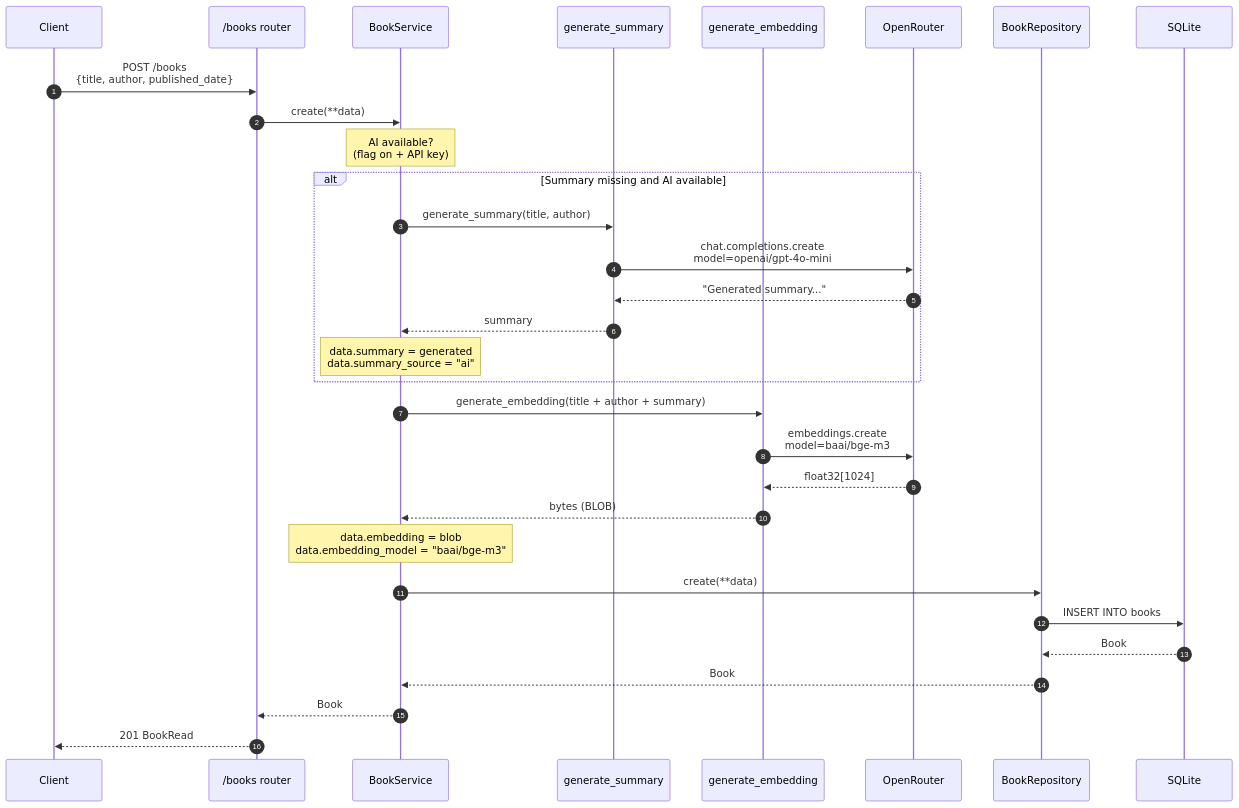
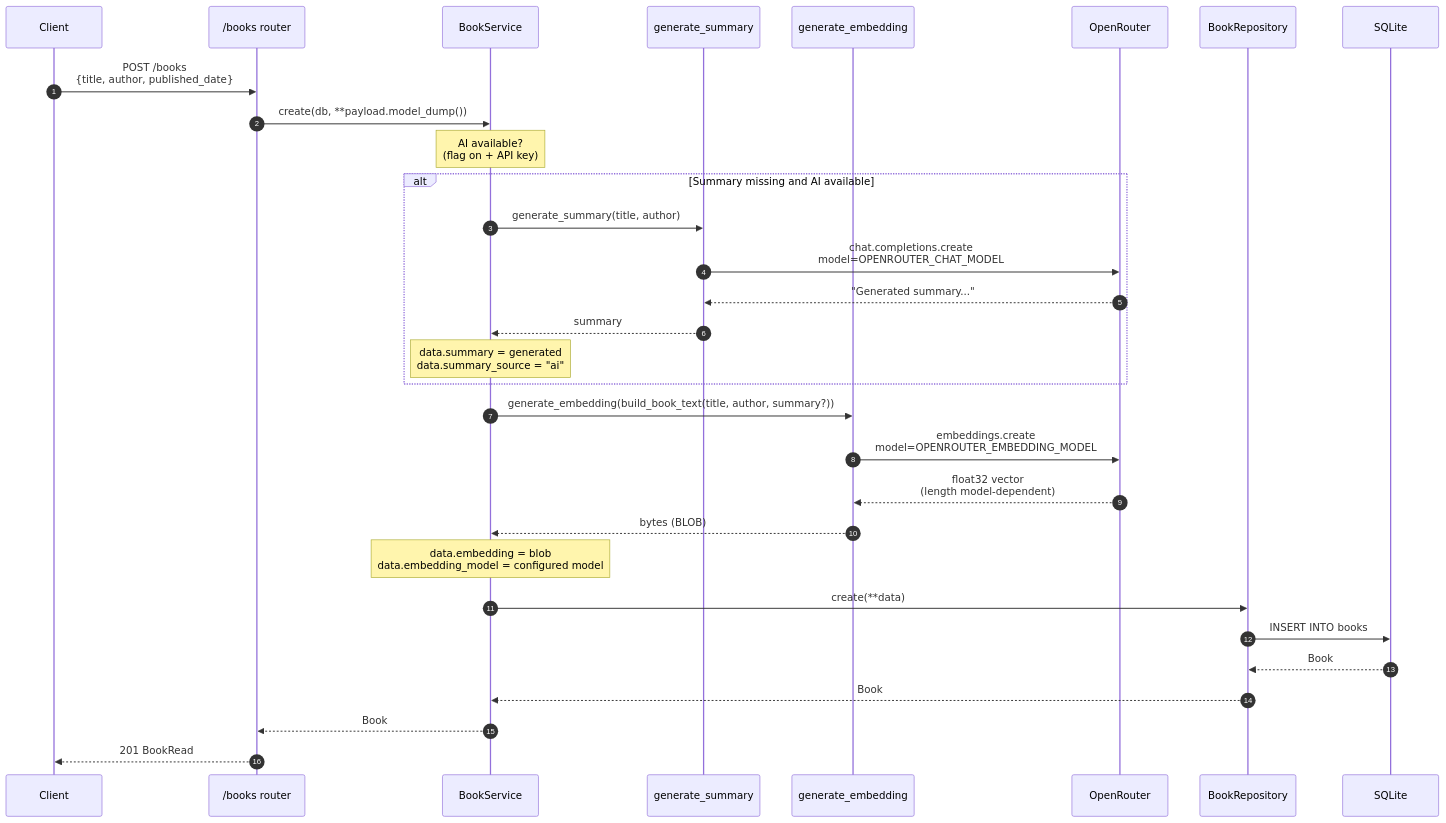
Before and after one commit to heitor-am/virtual-library-api: the diagram in docs/diagrams/request-flow.md, drawn with Mermaid. The commit also changed other lines of this file and 2 other files, not shown here.

Commit message:
docs: address Copilot review feedback on diagrams
Five precise catches from Copilot, all applied:

- architecture.md: soften 'never degrades to 5xx' overclaim — only
  LLMUnavailableError and openai.APIError on the AI path are
  tolerated; other exceptions still surface as 5xx.
- README: link both diagrams in the Architecture section (not only
  request-flow).
- request-flow: router actually calls service.create(db, **payload.
  model_dump()), not create(**data). Fixed the arrow.
- request-flow: embedding input goes through build_book_text(...),
  not a raw concat. Vector length is model-dependent, not hardcoded
  1024. Replaced literal model names with env-var names so the
  diagram doesn't drift when the model changes.
- request-flow: add 'See also: architecture.md' backlink so the two
  docs link bidirectionally.

````diff
--- a/docs/diagrams/request-flow.md
+++ b/docs/diagrams/request-flow.md
@@ -5,37 +5,37 @@
 ```mermaid
 sequenceDiagram
     autonumber
     participant C as Client
     participant R as /books router
     participant S as BookService
     participant Sum as generate_summary
     participant E as generate_embedding
     participant OR as OpenRouter
     participant Repo as BookRepository
     participant DB as SQLite
 
     C->>R: POST /books<br/>{title, author, published_date}
-    R->>S: create(**data)
+    R->>S: create(db, **payload.model_dump())
 
     Note over S: AI available?<br/>(flag on + API key)
     alt Summary missing and AI available
         S->>Sum: generate_summary(title, author)
-        Sum->>OR: chat.completions.create<br/>model=openai/gpt-4o-mini
+        Sum->>OR: chat.completions.create<br/>model=OPENROUTER_CHAT_MODEL
         OR-->>Sum: "Generated summary..."
         Sum-->>S: summary
         Note over S: data.summary = generated<br/>data.summary_source = "ai"
     end
 
-    S->>E: generate_embedding(title + author + summary)
-    E->>OR: embeddings.create<br/>model=baai/bge-m3
-    OR-->>E: float32[1024]
+    S->>E: generate_embedding(build_book_text(title, author, summary?))
+    E->>OR: embeddings.create<br/>model=OPENROUTER_EMBEDDING_MODEL
+    OR-->>E: float32 vector<br/>(length model-dependent)
     E-->>S: bytes (BLOB)
-    Note over S: data.embedding = blob<br/>data.embedding_model = "baai/bge-m3"
+    Note over S: data.embedding = blob<br/>data.embedding_model = configured model
 
     S->>Repo: create(**data)
     Repo->>DB: INSERT INTO books
     DB-->>Repo: Book
     Repo-->>S: Book
     S-->>R: Book
     R-->>C: 201 BookRead
 ```
````
